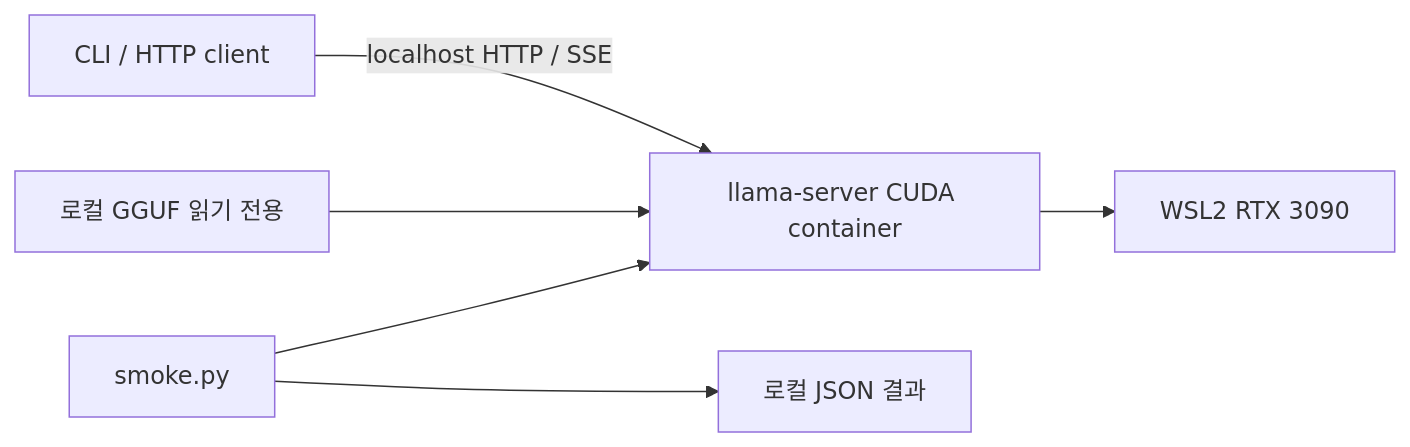
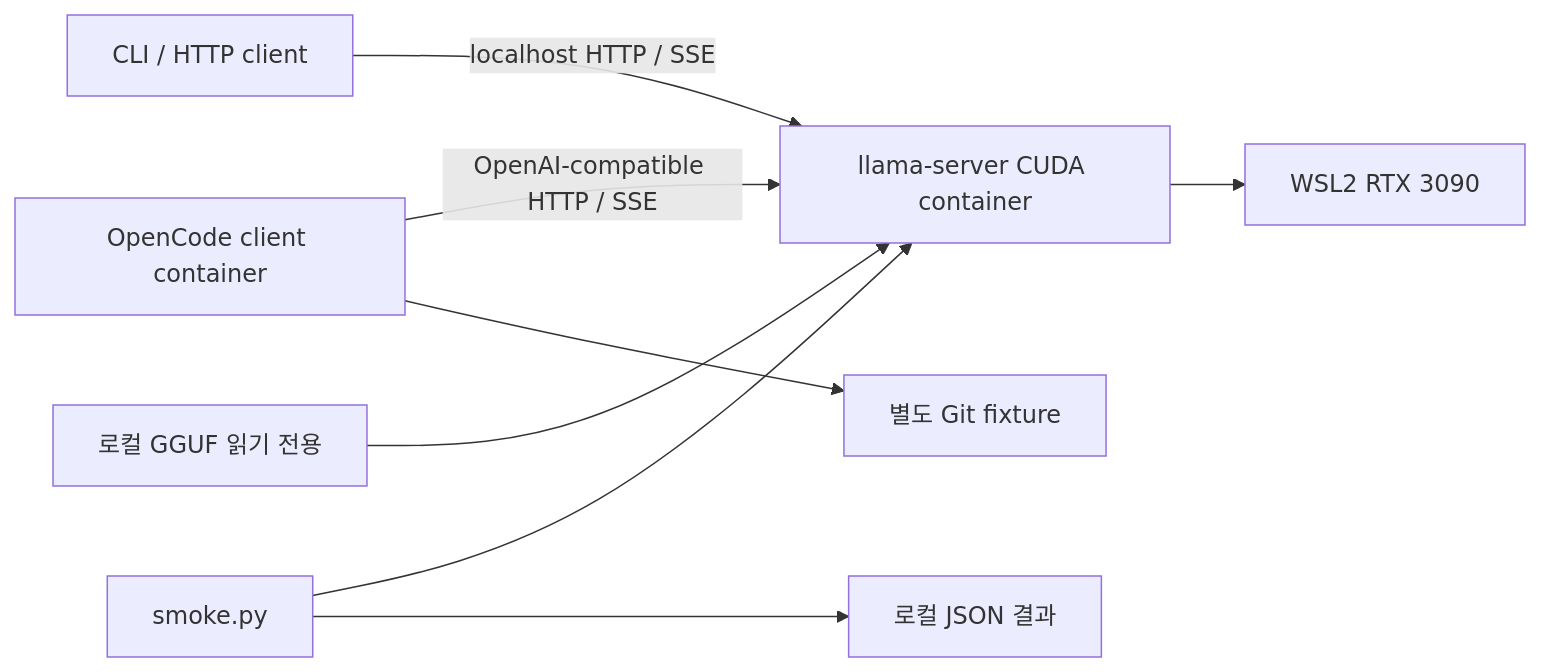
One commit to 9imyong/LocalForge changed the diagram in docs/architecture/localforge-runtime.md. Above: the diagram before and after it, drawn with Mermaid. The commit also changed other lines of this file and 31 other files, not shown here.

Commit message:
기능(OpenCode): 로컬 Agent 연동과 도구 호출 호환성 검증 추가

````diff
--- a/docs/architecture/localforge-runtime.md
+++ b/docs/architecture/localforge-runtime.md
@@ -9,8 +9,10 @@
 ```mermaid
 flowchart LR
+    Agent[OpenCode client container] -->|OpenAI-compatible HTTP / SSE| Server
+    Agent --> Fixture[별도 Git fixture]
     Client[CLI / HTTP client] -->|localhost HTTP / SSE| Server[llama-server CUDA container]
     Server --> GPU[WSL2 RTX 3090]
     Model[로컬 GGUF 읽기 전용] --> Server
     Probe[smoke.py] --> Server
     Probe --> Metrics[로컬 JSON 결과]
 ```
````
